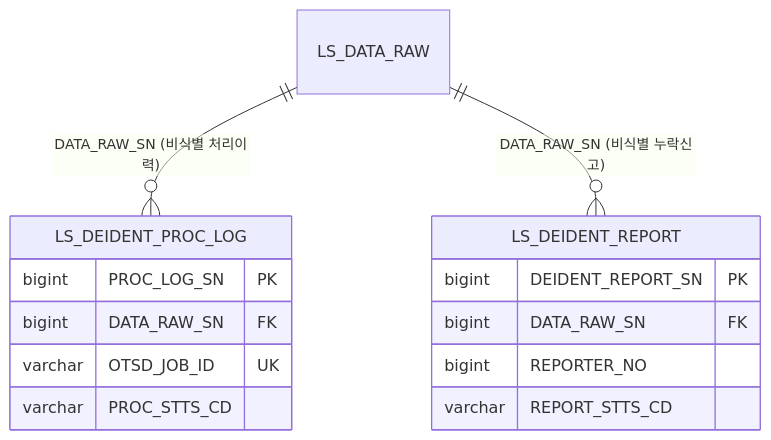
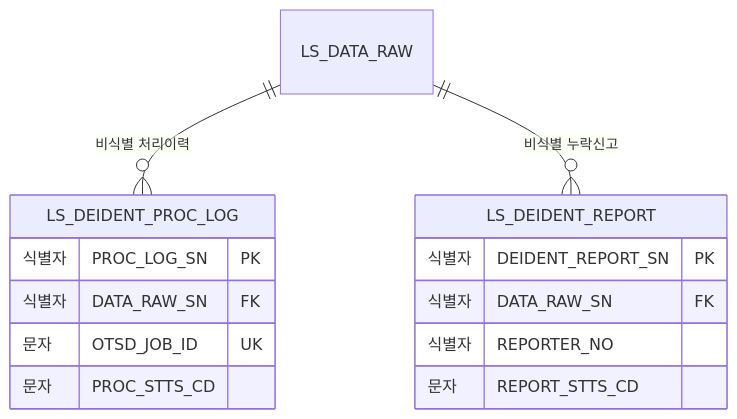
One commit to New-stella/klid-label changed the eighth of 13 diagrams in docs/design/D8-엔티티관계모형설계서.md. Above: the diagram before and after it, drawn with Mermaid. The commit also changed other lines of this file and 32 other files, not shown here.

````diff
--- a/docs/design/D8-엔티티관계모형설계서.md
+++ b/docs/design/D8-엔티티관계모형설계서.md
@@ -293,17 +305,17 @@
 ```mermaid
 erDiagram
-    LS_DATA_RAW ||--o{ LS_DEIDENT_PROC_LOG : "DATA_RAW_SN (비식별 처리이력)"
-    LS_DATA_RAW ||--o{ LS_DEIDENT_REPORT : "DATA_RAW_SN (비식별 누락신고)"
+    LS_DATA_RAW ||--o{ LS_DEIDENT_PROC_LOG : "비식별 처리이력"
+    LS_DATA_RAW ||--o{ LS_DEIDENT_REPORT : "비식별 누락신고"
     LS_DEIDENT_PROC_LOG {
-        bigint PROC_LOG_SN PK
-        bigint DATA_RAW_SN FK
-        varchar OTSD_JOB_ID UK
-        varchar PROC_STTS_CD
+        식별자 PROC_LOG_SN PK
+        식별자 DATA_RAW_SN FK
+        문자 OTSD_JOB_ID UK
+        문자 PROC_STTS_CD
     }
     LS_DEIDENT_REPORT {
-        bigint DEIDENT_REPORT_SN PK
-        bigint DATA_RAW_SN FK
-        bigint REPORTER_NO
-        varchar REPORT_STTS_CD
+        식별자 DEIDENT_REPORT_SN PK
+        식별자 DATA_RAW_SN FK
+        식별자 REPORTER_NO
+        문자 REPORT_STTS_CD
     }
 ```
````
